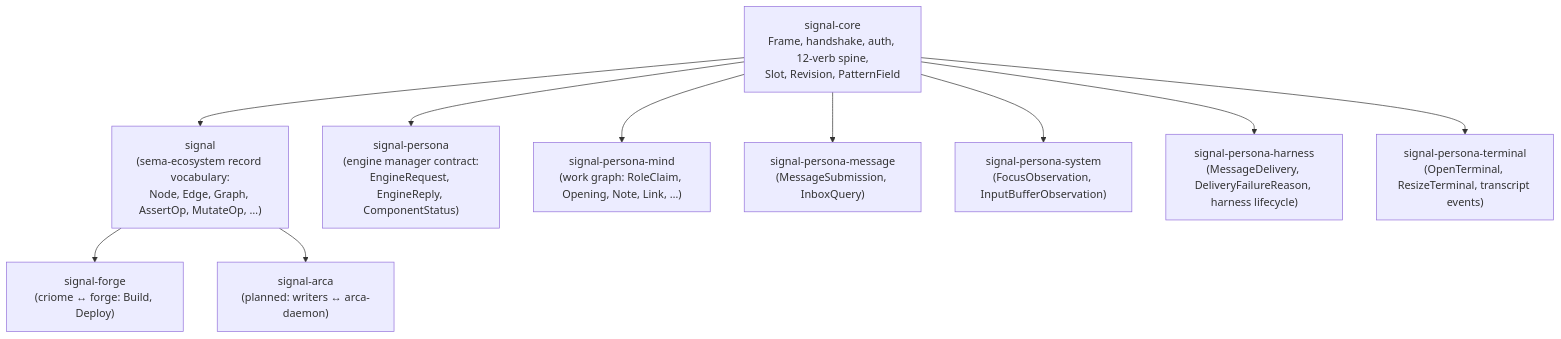
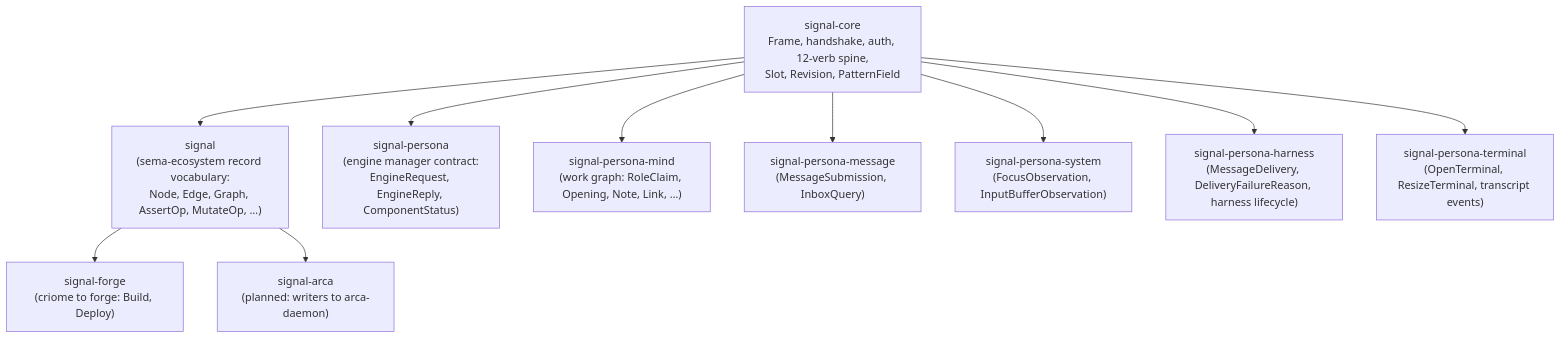
The sixth of 19 diagrams in reports/designer/114-persona-vision-as-of-2026-05-11.md (LiGoldragon/primary), drawn with Mermaid before and after one commit. The commit also changed other lines of this file and 1 other file, not shown here.

Commit message:
reporting Mermaid 8.8 guardrails

````diff
--- a/reports/designer/114-persona-vision-as-of-2026-05-11.md
+++ b/reports/designer/114-persona-vision-as-of-2026-05-11.md
@@ -397,28 +397,28 @@
 ```mermaid
 flowchart TB
     sig_core["signal-core<br/>Frame, handshake, auth, 12-verb spine,<br/>Slot<T>, Revision, PatternField<T>"]
 
     sig["signal<br/>(sema-ecosystem record vocabulary:<br/>Node, Edge, Graph, AssertOp, MutateOp, …)"]
 
     sig_persona["signal-persona<br/>(engine manager contract:<br/>EngineRequest, EngineReply, ComponentStatus)"]
 
     sig_mind["signal-persona-mind<br/>(work graph: RoleClaim, Opening, Note, Link, …)"]
     sig_msg["signal-persona-message<br/>(MessageSubmission, InboxQuery)"]
     sig_sys["signal-persona-system<br/>(FocusObservation, InputBufferObservation)"]
     sig_harn["signal-persona-harness<br/>(MessageDelivery, DeliveryFailureReason, harness lifecycle)"]
     sig_term["signal-persona-terminal<br/>(OpenTerminal, ResizeTerminal, transcript events)"]
 
-    sig_forge["signal-forge<br/>(criome ↔ forge: Build, Deploy)"]
-    sig_arca["signal-arca<br/>(planned: writers ↔ arca-daemon)"]
+    sig_forge["signal-forge<br/>(criome to forge: Build, Deploy)"]
+    sig_arca["signal-arca<br/>(planned: writers to arca-daemon)"]
 
     sig_core --> sig
     sig_core --> sig_persona
     sig_core --> sig_mind
     sig_core --> sig_msg
     sig_core --> sig_sys
     sig_core --> sig_harn
     sig_core --> sig_term
 
     sig --> sig_forge
     sig --> sig_arca
 ```
````
